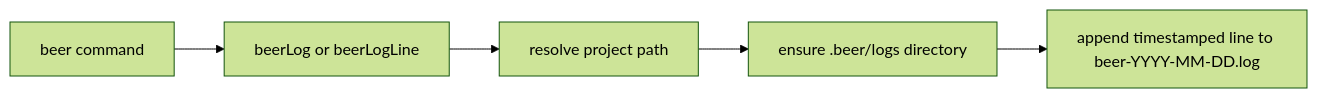
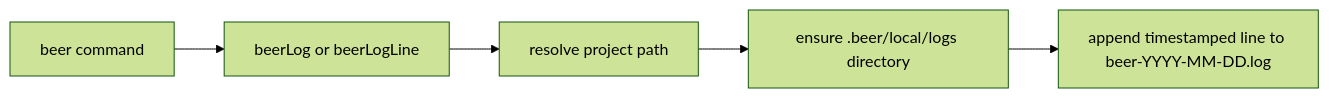
Before and after one commit to ex3ndr/holdmybeer: the diagram in doc/log-file-output.md, drawn with Mermaid (forest theme). The commit also changed other lines of this file and 18 other files, not shown here.

````diff
--- a/doc/log-file-output.md
+++ b/doc/log-file-output.md
@@ -7,7 +7,7 @@
 ```mermaid
 flowchart LR
   A[beer command] --> B[beerLog or beerLogLine]
   B --> C[resolve project path]
-  C --> D[ensure .beer/logs directory]
+  C --> D[ensure .beer/local/logs directory]
   D --> E[append timestamped line to beer-YYYY-MM-DD.log]
 ```
````
